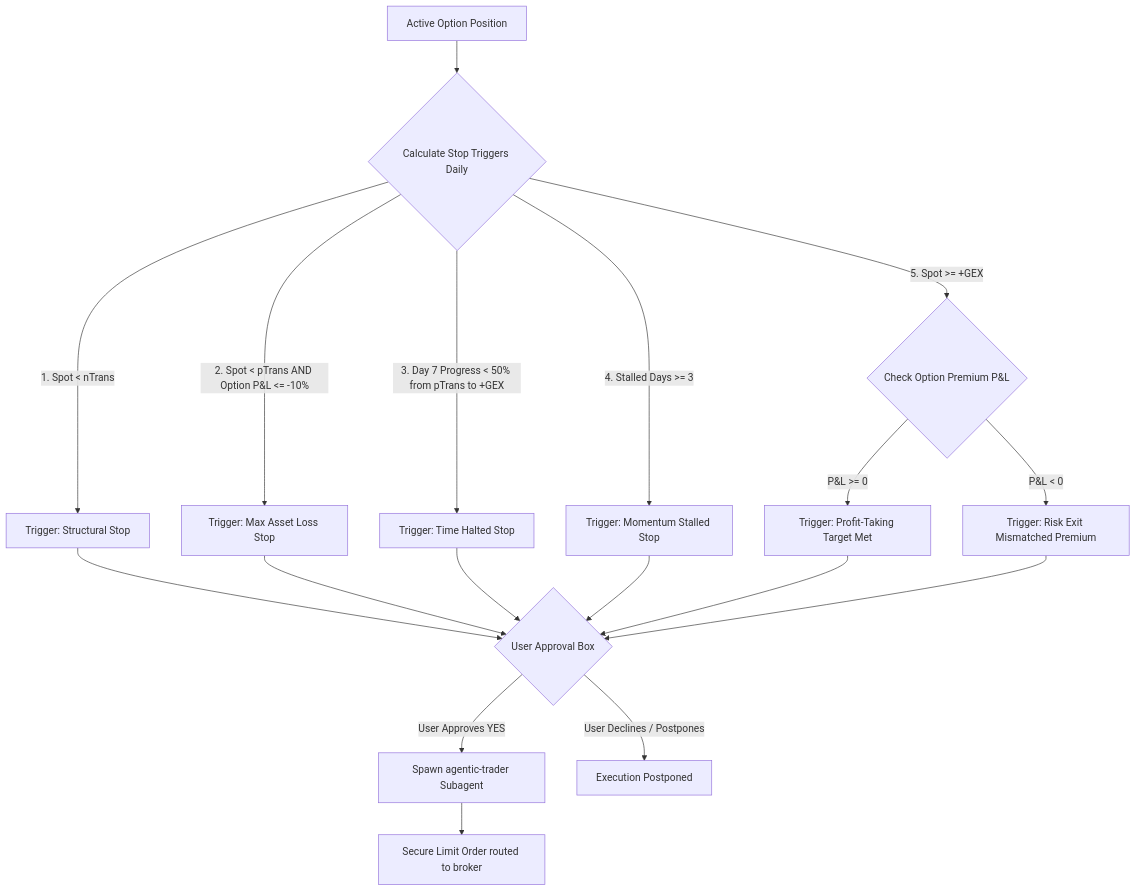
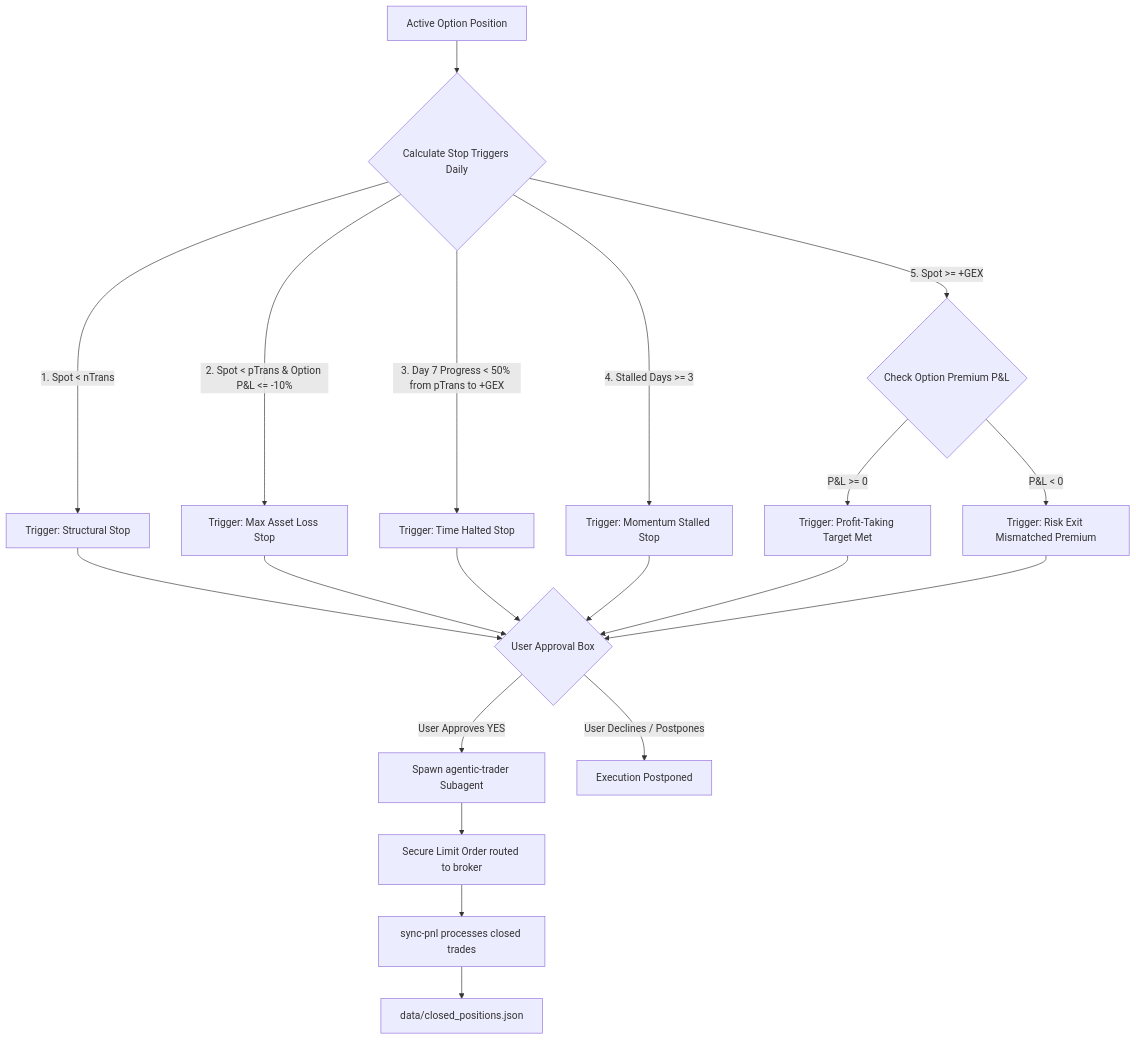
The fifth of 5 diagrams in README.md (Aymeric/wip), drawn with Mermaid before and after one commit. The commit also changed other lines of this file and 52 other files, not shown here.

````diff
--- a/README.md
+++ b/README.md
@@ -333,16 +457,24 @@
 ```mermaid
 graph TD
     A[Active Option Position] --> B{Calculate Stop Triggers Daily}
     B -->|1. Spot < nTrans| C[Trigger: Structural Stop]
-    B -->|2. Spot < pTrans AND Option P&L <= -10%| D[Trigger: Max Asset Loss Stop]
+    B -->|2. Spot < pTrans & Option P&L <= -10%| D[Trigger: Max Asset Loss Stop]
     B -->|3. Day 7 Progress < 50% from pTrans to +GEX| E[Trigger: Time Halted Stop]
     B -->|4. Stalled Days >= 3| F[Trigger: Momentum Stalled Stop]
     B -->|5. Spot >= +GEX| G{Check Option Premium P&L}
     G -->|P&L >= 0| H[Trigger: Profit-Taking Target Met]
     G -->|P&L < 0| I[Trigger: Risk Exit Mismatched Premium]
 
-    C & D & E & F & H & I --> J{User Approval Box}
+    C --> J{User Approval Box}
+    D --> J
+    E --> J
+    F --> J
+    H --> J
+    I --> J
+    
     J -->|User Approves YES| K[Spawn agentic-trader Subagent]
     K --> L[Secure Limit Order routed to broker]
+    L --> N[sync-pnl processes closed trades]
+    N --> O[data/closed_positions.json]
     J -->|User Declines / Postpones| M[Execution Postponed]
 ```
````
